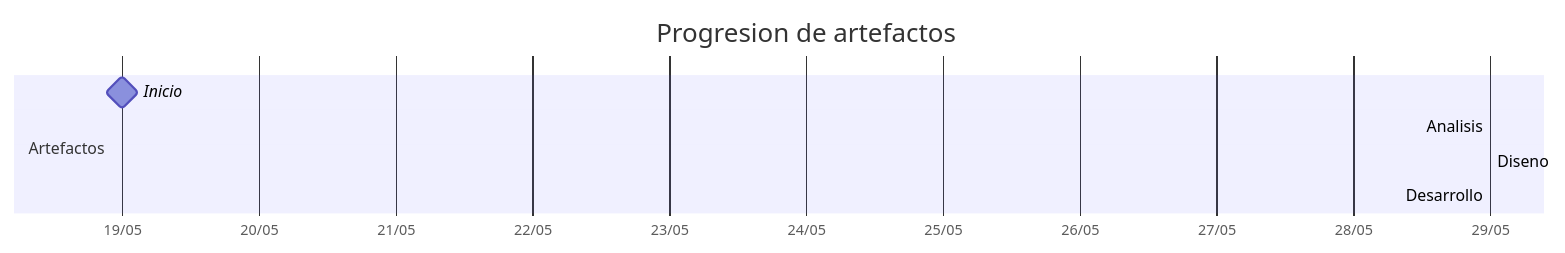
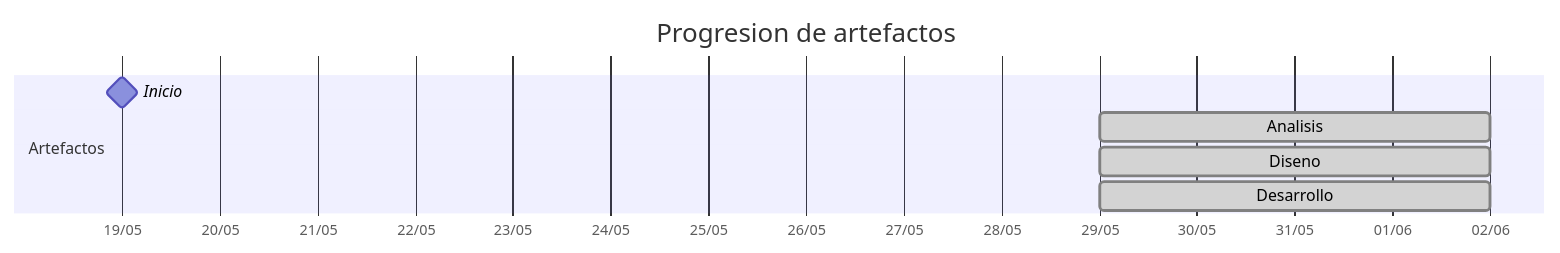
Before and after one commit to carlos-alvarado-25/25-26-idsw2-sdVC: the diagram in TIMELINES/eirik-rosete.md, drawn with Mermaid. The commit also changed other lines of this file and 11 other files, not shown here.

````diff
--- a/TIMELINES/eirik-rosete.md
+++ b/TIMELINES/eirik-rosete.md
@@ -21,11 +22,11 @@
 ```mermaid
 gantt
     title Progresion de artefactos
     dateFormat YYYY-MM-DD
     axisFormat %d/%m
     section Artefactos
         Inicio       :milestone, 2026-05-19, 0d
-        Analisis     :done, 2026-05-29, 2026-05-29
-        Diseno       :done, 2026-05-29, 2026-05-29
-        Desarrollo   :done, 2026-05-29, 2026-05-29
+        Analisis     :done, 2026-05-29, 2026-06-02
+        Diseno       :done, 2026-05-29, 2026-06-02
+        Desarrollo   :done, 2026-05-29, 2026-06-02
 ```
````
